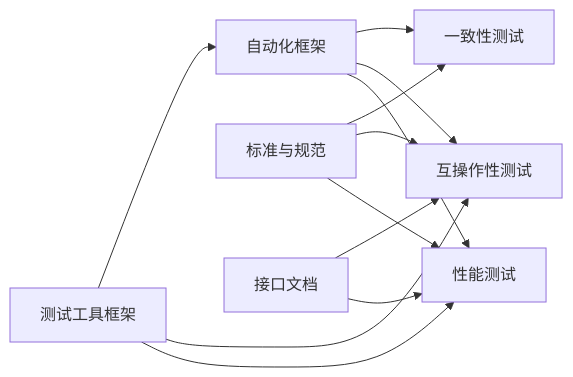
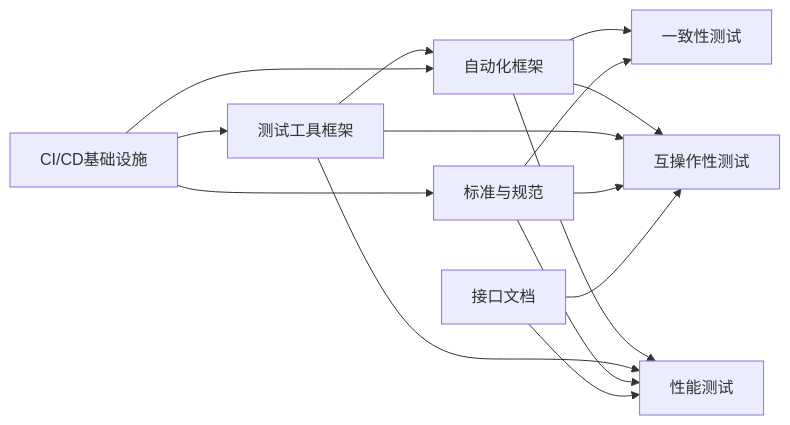
Before and after one commit to allengaller/oran-database: diagram 11 of 11 in .qoder/repowiki/zh/content/测试与验证/测试与验证.md, drawn with Mermaid. The commit also changed other lines of this file and 13 other files, not shown here.

````diff
--- a/.qoder/repowiki/zh/content/测试与验证/测试与验证.md
+++ b/.qoder/repowiki/zh/content/测试与验证/测试与验证.md
@@ -316,14 +464,17 @@
 ```mermaid
 graph LR
 AUT["自动化框架"] --> CON["一致性测试"]
 AUT --> INT["互操作性测试"]
 AUT --> PERF["性能测试"]
 TOOLS["测试工具框架"] --> AUT
 TOOLS --> INT
 TOOLS --> PERF
 STAND["标准与规范"] --> CON
 STAND --> INT
 STAND --> PERF
 IFACE["接口文档"] --> INT
 IFACE --> PERF
+CI["CI/CD基础设施"] --> AUT
+CI --> TOOLS
+CI --> STAND
 ```
````
